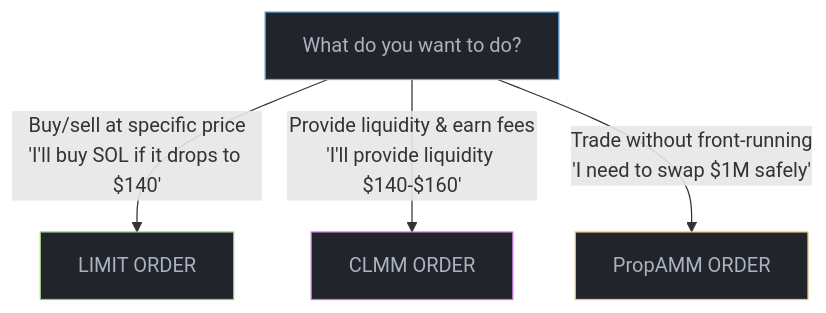
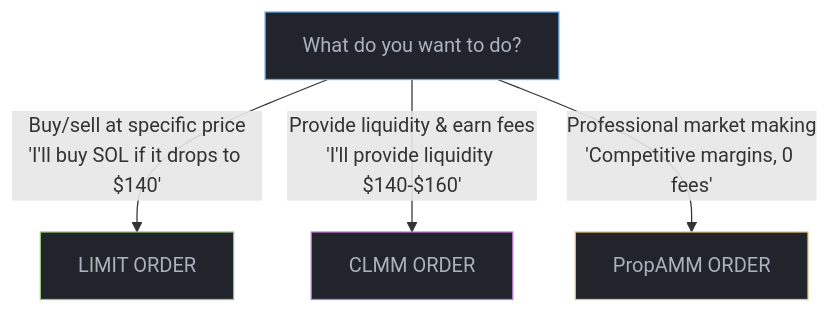
The first of 3 diagrams in concepts/order-types.mdx (mgild/mintlify-docs), drawn with Mermaid before and after one commit. The commit also changed other lines of this file and 19 other files, not shown here.

````diff
--- a/concepts/order-types.mdx
+++ b/concepts/order-types.mdx
@@ -14,13 +14,13 @@
 ```mermaid
 
 flowchart TD
     Q["What do you want to do?"]
     Q --> |"Buy/sell at specific price<br/>'I'll buy SOL if it drops to $140'"| L["LIMIT ORDER"]
     Q --> |"Provide liquidity & earn fees<br/>'I'll provide liquidity $140-$160'"| C["CLMM ORDER"]
-    Q --> |"Trade without front-running<br/>'I need to swap $1M safely'"| P["PropAMM ORDER"]
+    Q --> |"Professional market making<br/>'Competitive margins, 0 fees'"| P["PropAMM ORDER"]
 
     style Q fill:#21252b,stroke:#61afef,color:#abb2bf
     style L fill:#21252b,stroke:#98c379,color:#abb2bf
     style C fill:#21252b,stroke:#c678dd,color:#abb2bf
     style P fill:#21252b,stroke:#e5c07b,color:#abb2bf
 ```
````
